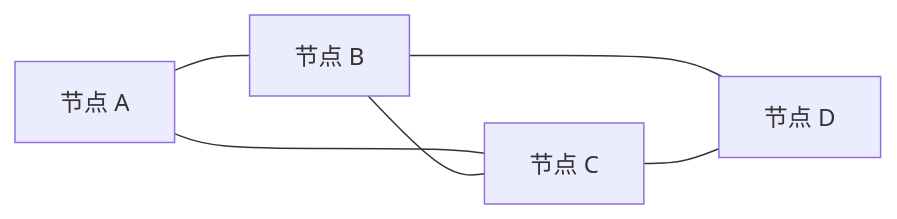
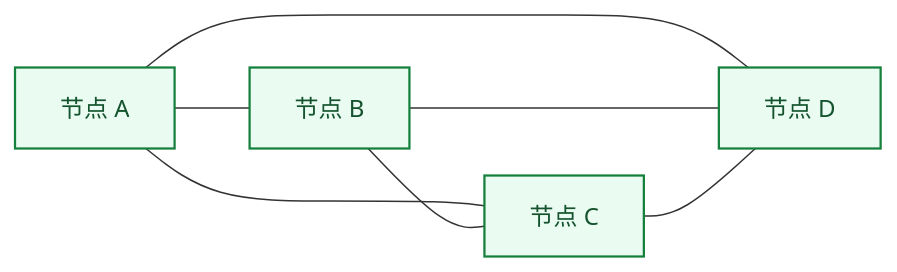
The fifth of 5 diagrams in 01_综合知识/01_计算机系统基础知识/03_计算机网络/08_网络工程与组网/网络拓扑结构.md (74262195/system-architect-notes), drawn with Mermaid before and after one commit. The commit also changed other lines of this file, not shown here.

````diff
--- a/01_综合知识/01_计算机系统基础知识/03_计算机网络/08_网络工程与组网/网络拓扑结构.md
+++ b/01_综合知识/01_计算机系统基础知识/03_计算机网络/08_网络工程与组网/网络拓扑结构.md
@@ -97,8 +143,12 @@
 ```mermaid
+%%{init: {'theme':'base','themeVariables':{'primaryColor':'#EAF3FF','primaryTextColor':'#102A43','primaryBorderColor':'#2563EB','lineColor':'#475569','fontFamily':'-apple-system, BlinkMacSystemFont, "Segoe UI", sans-serif'}}}%%
 flowchart LR
     A[节点 A] --- B[节点 B]
     A --- C[节点 C]
+    A --- D[节点 D]
     B --- C
-    B --- D[节点 D]
+    B --- D
     C --- D
+    classDef resilient fill:#EAFBF2,stroke:#15803D,color:#14532D,stroke-width:1.5px
+    class A,B,C,D resilient
 ```
````
